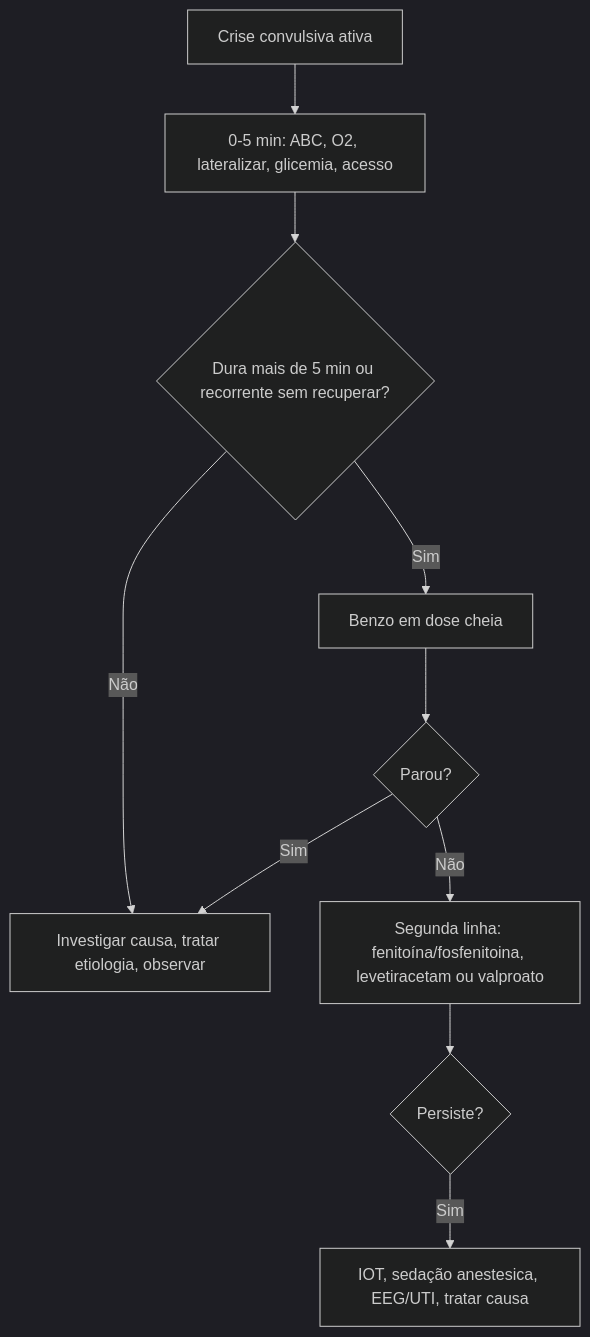
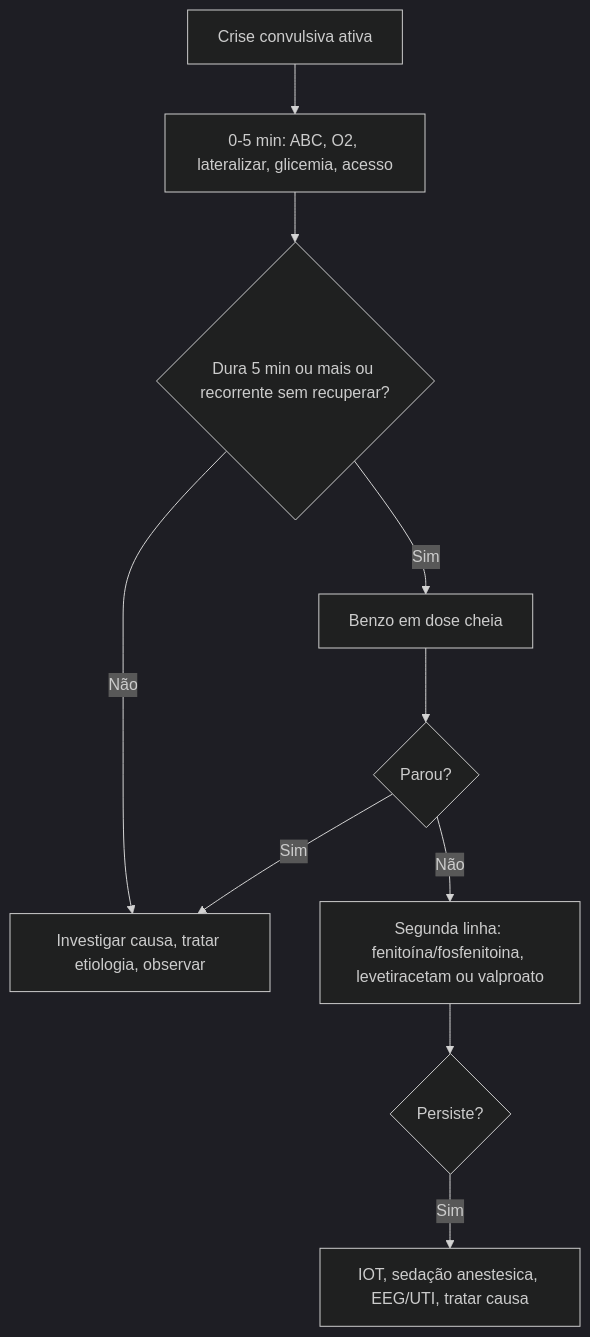
The second of 3 diagrams in Intensivao/temas/007_emergencias-neurologicas.md (ThiagoPersona/emergencia26), drawn with Mermaid (dark theme) before and after one commit. The commit also changed other lines of this file and 5 other files, not shown here.

````diff
--- a/Intensivao/temas/007_emergencias-neurologicas.md
+++ b/Intensivao/temas/007_emergencias-neurologicas.md
@@ -168,12 +177,12 @@
 ```mermaid
 flowchart TD
     A[Crise convulsiva ativa] --> B[0-5 min: ABC, O2, lateralizar, glicemia, acesso]
-    B --> C{Dura mais de 5 min ou recorrente sem recuperar?}
+    B --> C{Dura 5 min ou mais ou recorrente sem recuperar?}
     C -->|Sim| D[Benzo em dose cheia]
     D --> E{Parou?}
     E -->|Sim| F[Investigar causa, tratar etiologia, observar]
     E -->|Não| G[Segunda linha: fenitoína/fosfenitoina, levetiracetam ou valproato]
     G --> H{Persiste?}
     H -->|Sim| I[IOT, sedação anestesica, EEG/UTI, tratar causa]
     C -->|Não| F
 ```
````
